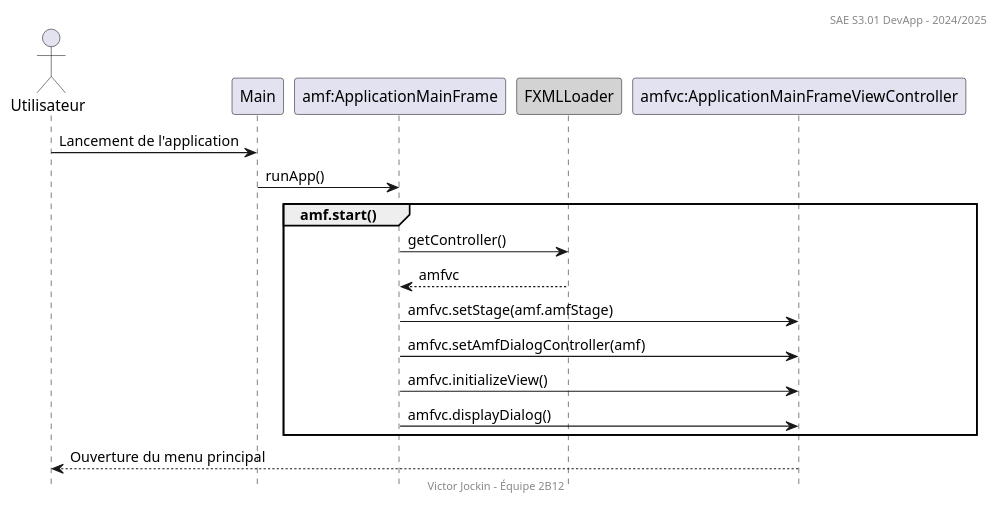
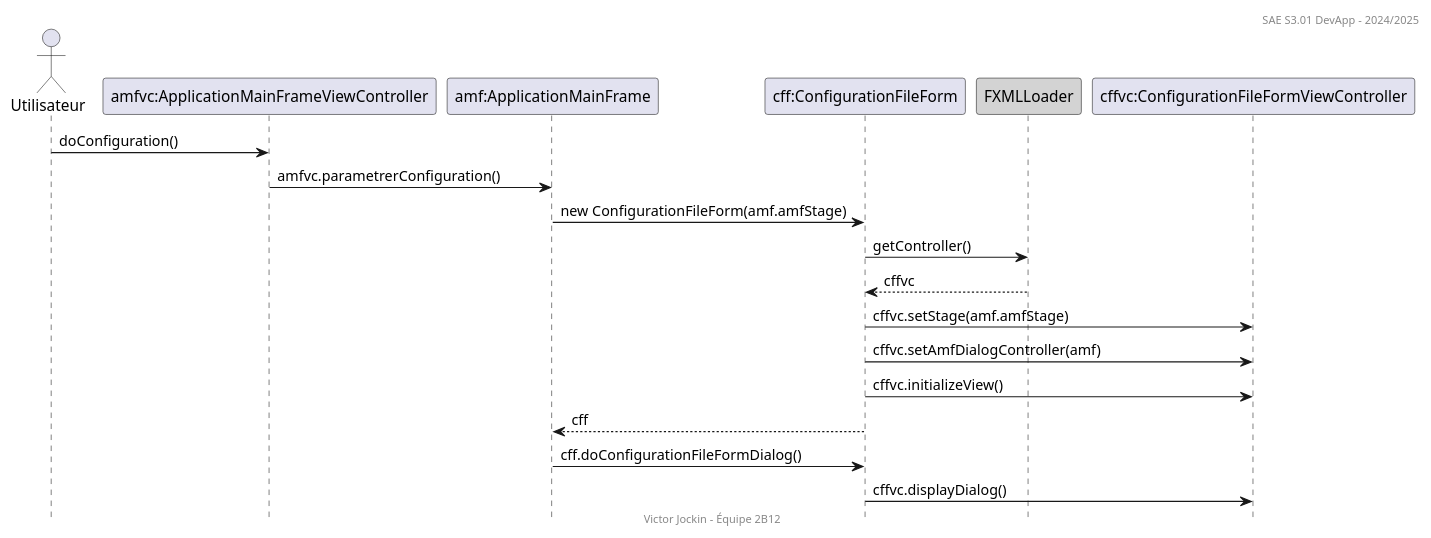
One commit to IUT-Blagnac/sae-3-01-devapp-2024-2025-g2b12 changed the diagram in solution iot/docs/res/diagrammes/ds322.plantuml. Above: the diagram before and after it, drawn with PlantUML. The commit also changed 1 other file, not shown here.

```diff
--- a/solution iot/docs/res/diagrammes/ds322.plantuml
+++ b/solution iot/docs/res/diagrammes/ds322.plantuml
@@ -1,21 +1,22 @@
 @startuml
 header SAE S3.01 DevApp - 2024/2025
 actor Utilisateur as u
-participant "Main" as m
+participant "amfvc:ApplicationMainFrameViewController" as amfvc
 participant "amf:ApplicationMainFrame" as amf
+participant "cff:ConfigurationFileForm" as cff
 participant FXMLLoader as fl #lightgrey
-participant "amfvc:ApplicationMainFrameViewController" as amfvc
-u -> m : Lancement de l'application
-m -> amf : runApp()
-group amf.start()
-    amf -> fl : getController()
-    amf <-- fl : amfvc
-    amf -> amfvc : amfvc.setStage(amf.amfStage)
-    amf -> amfvc : amfvc.setAmfDialogController(amf)
-    amf -> amfvc : amfvc.initializeView()
-    amf -> amfvc : amfvc.displayDialog()
-end
-u <-- amfvc : Ouverture du menu principal
+participant "cffvc:ConfigurationFileFormViewController" as cffvc
+u -> amfvc : doConfiguration()
+amfvc -> amf : amfvc.parametrerConfiguration()
+amf -> cff : new ConfigurationFileForm(amf.amfStage)
+cff -> fl : getController()
+cff <-- fl : cffvc
+cff -> cffvc : cffvc.setStage(amf.amfStage)
+cff -> cffvc : cffvc.setAmfDialogController(amf)
+cff -> cffvc : cffvc.initializeView()
+amf <-- cff : cff
+amf -> cff : cff.doConfigurationFileFormDialog()
+cff -> cffvc : cffvc.displayDialog()
 hide footbox
 footer Victor Jockin - Équipe 2B12
 @enduml
```
